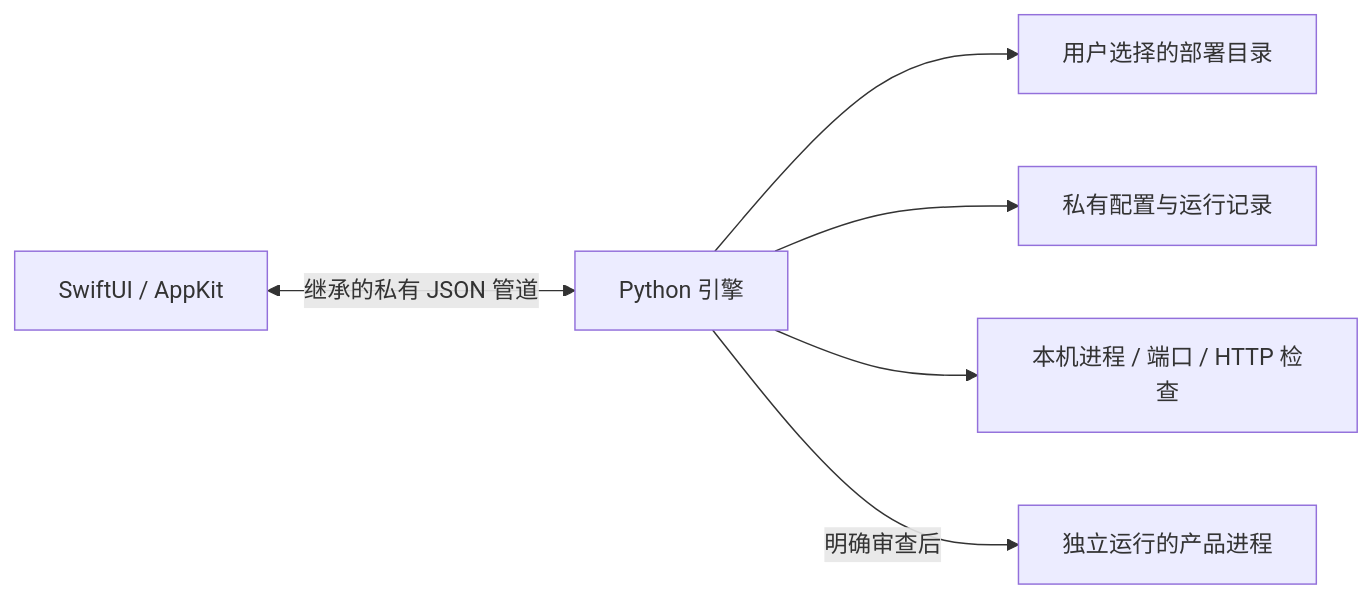
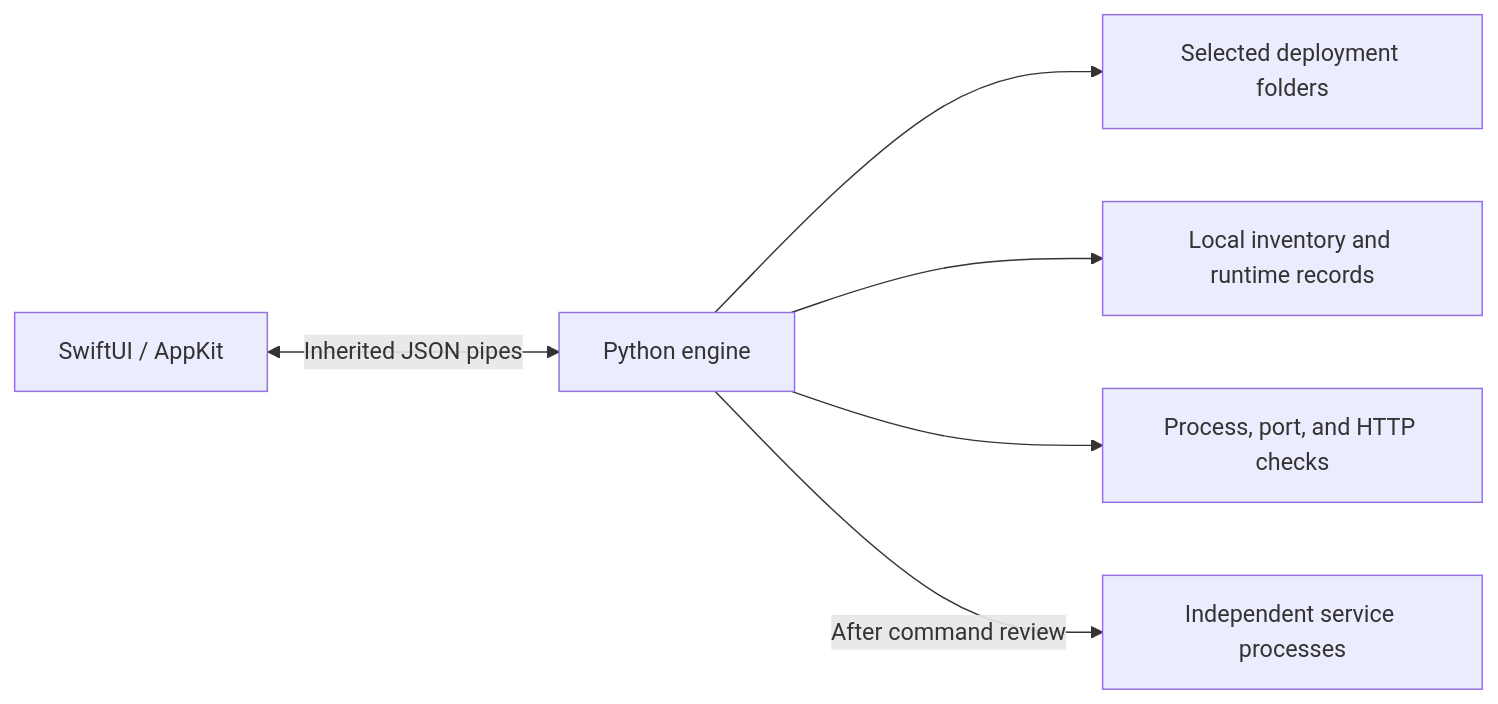
Before and after one commit to louisfy/wake: the diagram in docs/architecture.md, drawn with Mermaid. The commit also changed other lines of this file and 49 other files, not shown here.

````diff
--- a/docs/architecture.md
+++ b/docs/architecture.md
@@ -3,8 +5,8 @@
-```mermaid
+~~~mermaid
 flowchart LR
-    UI[SwiftUI / AppKit] <-->|继承的私有 JSON 管道| Engine[Python 引擎]
-    Engine --> Metadata[用户选择的部署目录]
-    Engine --> State[私有配置与运行记录]
-    Engine --> Checks[本机进程 / 端口 / HTTP 检查]
-    Engine -->|明确审查后| Services[独立运行的产品进程]
-```
+    UI[SwiftUI / AppKit] <-->|Inherited JSON pipes| Engine[Python engine]
+    Engine --> Metadata[Selected deployment folders]
+    Engine --> State[Local inventory and runtime records]
+    Engine --> Checks[Process, port, and HTTP checks]
+    Engine -->|After command review| Services[Independent service processes]
+~~~
````
